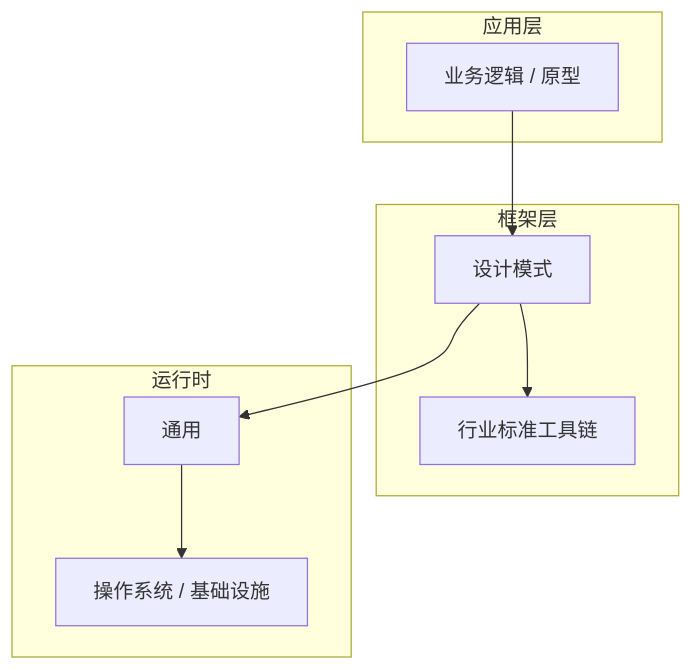
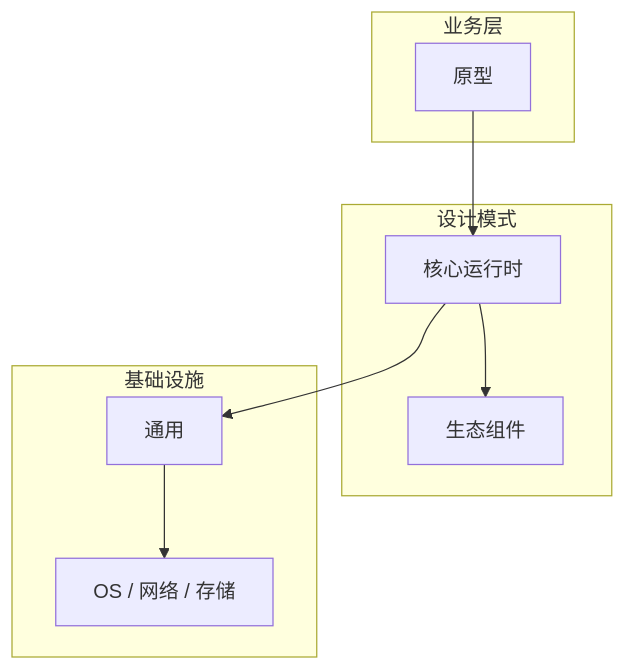
One commit to yanggan2015/knowledge-json-v2 changed the diagram in articles/设计模式/chapters/025-原型核心概念与原理.md. Above: the diagram before and after it, drawn with Mermaid. The commit also changed other lines of this file and 10127 other files, not shown here.

````diff
--- a/articles/设计模式/chapters/025-原型核心概念与原理.md
+++ b/articles/设计模式/chapters/025-原型核心概念与原理.md
@@ -45,18 +34,18 @@
 ```mermaid
 graph TB
-    subgraph 应用层
-        A[业务逻辑 / 原型]
+    subgraph 业务层
+        A[原型]
     end
-    subgraph 框架层
-        B[设计模式]
-        C[行业标准工具链]
+    subgraph 设计模式
+        B[核心运行时]
+        C[生态组件]
     end
-    subgraph 运行时
+    subgraph 基础设施
         D[通用]
-        E[操作系统 / 基础设施]
+        E[OS / 网络 / 存储]
     end
     A --> B
     B --> C
     B --> D
     D --> E
 ```
````
